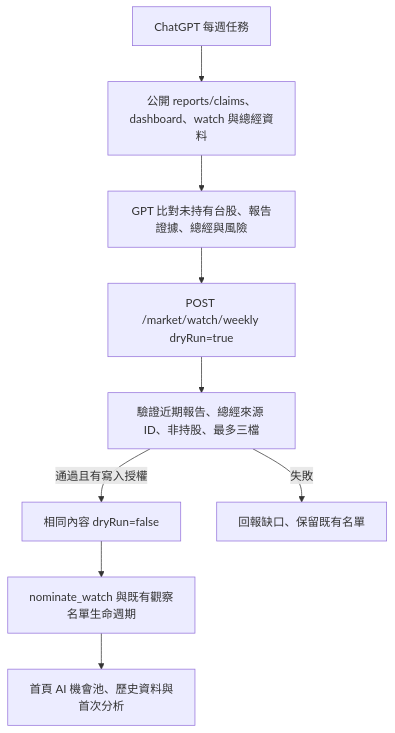
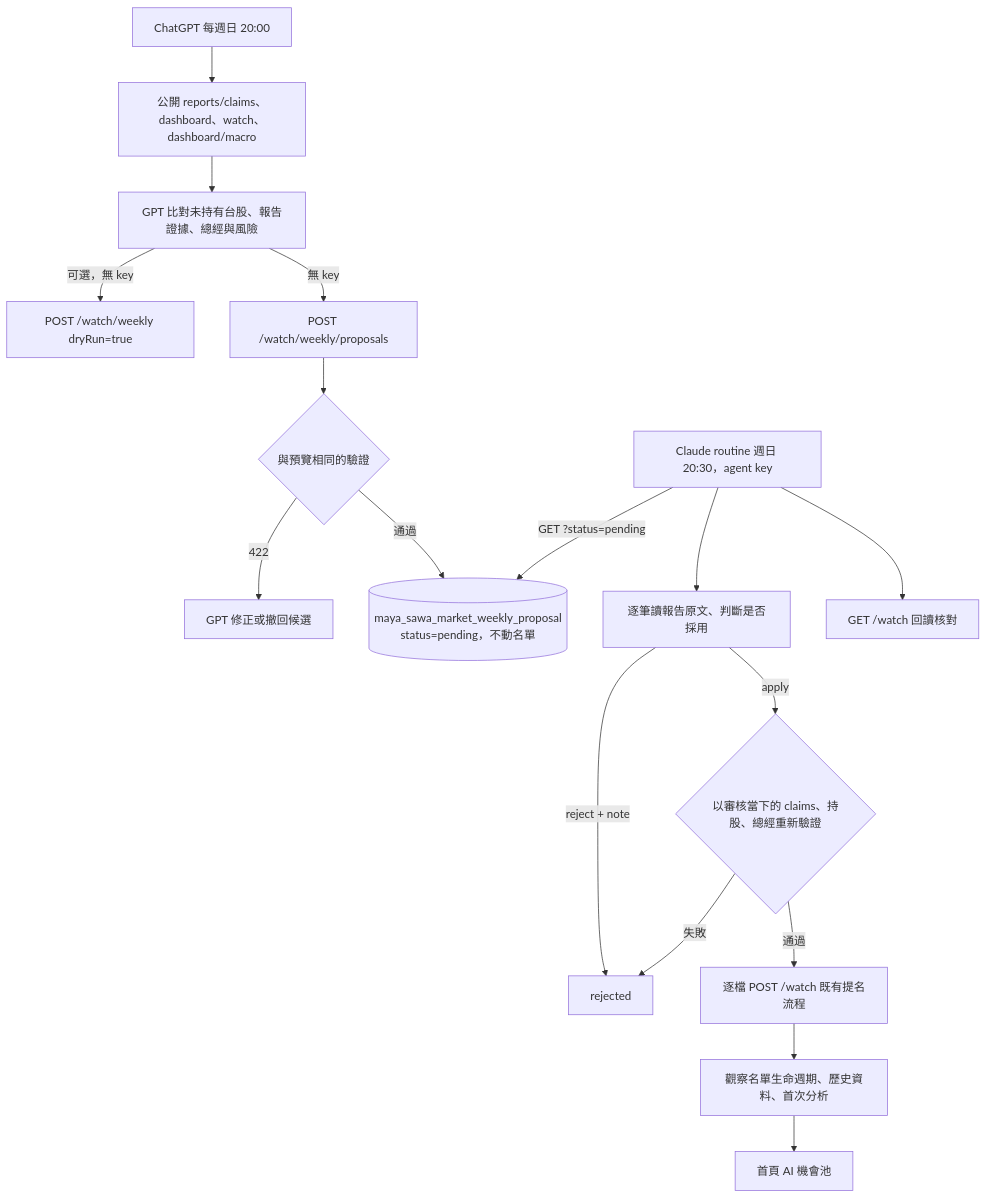
One commit to Vinskao/maya-sawa changed the first of 2 diagrams in docs/GPT_WEEKLY_OPPORTUNITIES.md. Above: the diagram before and after it, drawn with Mermaid. The commit also changed other lines of this file and 3 other files, not shown here.

First line of the commit message:
feat(weekly_opportunities): keyless proposal inbox for the GPT weekly job, reviewed by the keyed Claude routine

````diff
--- a/docs/GPT_WEEKLY_OPPORTUNITIES.md
+++ b/docs/GPT_WEEKLY_OPPORTUNITIES.md
@@ -9,11 +27,19 @@
 ```mermaid
 flowchart TD
-    Schedule[ChatGPT 每週任務] --> Read[公開 reports/claims、dashboard、watch 與總經資料]
+    Schedule[ChatGPT 每週日 20:00] --> Read[公開 reports/claims、dashboard、watch、dashboard/macro]
     Read --> GPT[GPT 比對未持有台股、報告證據、總經與風險]
-    GPT --> Preview[POST /market/watch/weekly dryRun=true]
-    Preview --> Validate[驗證近期報告、總經來源 ID、非持股、最多三檔]
-    Validate -->|通過且有寫入授權| Apply[相同內容 dryRun=false]
-    Validate -->|失敗| Stop[回報缺口、保留既有名單]
-    Apply --> Existing[nominate_watch 與既有觀察名單生命週期]
-    Existing --> UI[首頁 AI 機會池、歷史資料與首次分析]
+    GPT -->|可選，無 key| Preview[POST /watch/weekly dryRun=true]
+    GPT -->|無 key| Inbox[POST /watch/weekly/proposals]
+    Inbox --> Check{與預覽相同的驗證}
+    Check -->|422| GPTFix[GPT 修正或撤回候選]
+    Check -->|通過| Store[(maya_sawa_market_weekly_proposal<br/>status=pending，不動名單)]
+    Claude[Claude routine 週日 20:30，agent key] -->|GET ?status=pending| Store
+    Claude --> Review[逐筆讀報告原文、判斷是否採用]
+    Review -->|reject + note| Rejected[rejected]
+    Review -->|apply| Recheck{以審核當下的 claims、持股、總經重新驗證}
+    Recheck -->|失敗| Rejected
+    Recheck -->|通過| Nominate[逐檔 POST /watch 既有提名流程]
+    Nominate --> Existing[觀察名單生命週期、歷史資料、首次分析]
+    Existing --> UI[首頁 AI 機會池]
+    Claude --> Verify[GET /watch 回讀核對]
 ```
````
